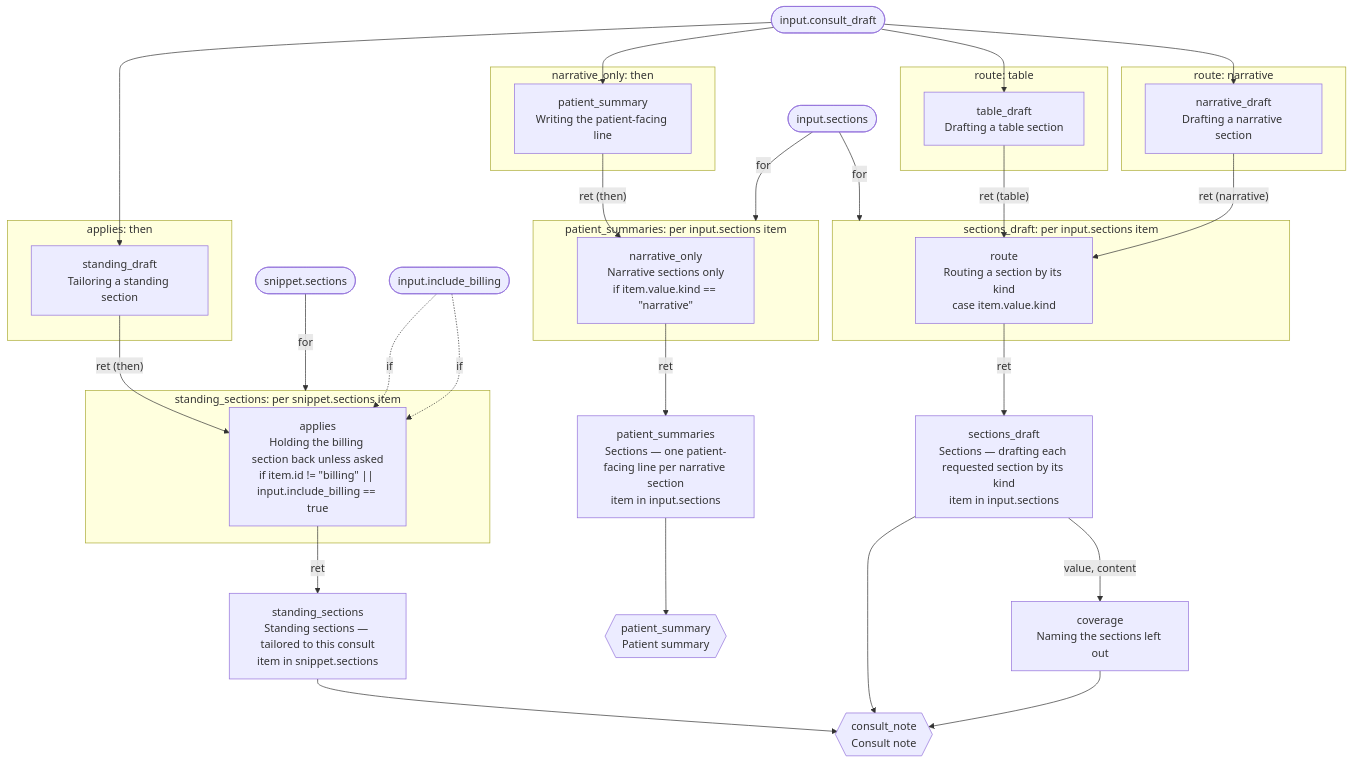
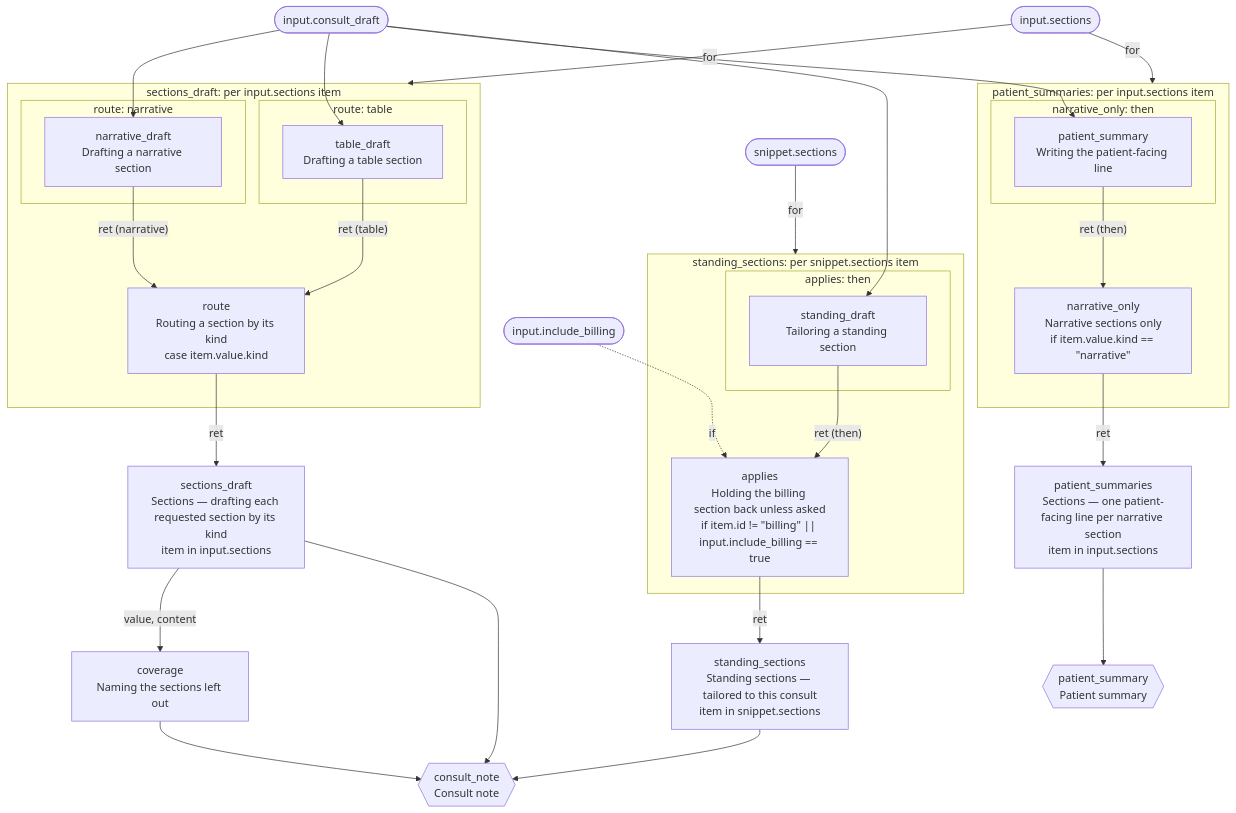
Before and after one commit to Consultologist/consultologist-workflows: the diagram in packages/example-conditional-sections/dag.mmd, drawn with Mermaid. The commit also changed 1 other file, not shown here.

Commit message:
Packages (Consultologist-Blazor#1348, #1252): example-conditional-sections at specVersion 30, v2026.11.3 — migrate-workflow-package --to 30 (dag.mmd redrawn: the inner flows inside their loops' boxes), and the sections input names each section by its title (labelField)

```diff
--- a/packages/example-conditional-sections/dag.mmd
+++ b/packages/example-conditional-sections/dag.mmd
@@ -1,64 +1,57 @@
 flowchart TD
     input_sections(["input.sections"])
     snippet_sections(["snippet.sections"])
     input_consult_draft(["input.consult_draft"])
     input_include_billing(["input.include_billing"])
 
     coverage["coverage<br/>Naming the sections left out"]
     sections_draft -->|"value, content"| coverage
 
-    input_sections -->|"for"| for_sections_draft
     subgraph for_sections_draft["sections_draft: per input.sections item"]
-        route["route<br/>Routing a section by its kind"]
+        subgraph case_route_branch_1["route: narrative"]
+            narrative_draft["narrative_draft<br/>Drafting a narrative section"]
+        end
+        subgraph case_route_branch_2["route: table"]
+            table_draft["table_draft<br/>Drafting a table section"]
+        end
+        route["route<br/>Routing a section by its kind<br/>case item.value.kind"]
     end
     sections_draft["sections_draft<br/>Sections — drafting each requested section by its kind<br/>item in input.sections"]
-    route -->|"ret"| sections_draft
 
-    input_sections -->|"for"| for_patient_summaries
     subgraph for_patient_summaries["patient_summaries: per input.sections item"]
-        narrative_only["narrative_only<br/>Narrative sections only"]
+        subgraph if_narrative_only_then["narrative_only: then"]
+            patient_summary["patient_summary<br/>Writing the patient-facing line"]
+        end
+        narrative_only["narrative_only<br/>Narrative sections only<br/>if item.value.kind == #quot;narrative#quot;"]
     end
     patient_summaries["patient_summaries<br/>Sections — one patient-facing line per narrative section<br/>item in input.sections"]
-    narrative_only -->|"ret"| patient_summaries
 
-    snippet_sections -->|"for"| for_standing_sections
     subgraph for_standing_sections["standing_sections: per snippet.sections item"]
-        applies["applies<br/>Holding the billing section back unless asked"]
+        subgraph if_applies_then["applies: then"]
+            standing_draft["standing_draft<br/>Tailoring a standing section"]
+        end
+        applies["applies<br/>Holding the billing section back unless asked<br/>if item.id != #quot;billing#quot; || input.include_billing == true"]
     end
     standing_sections["standing_sections<br/>Standing sections — tailored to this consult<br/>item in snippet.sections"]
-    applies -->|"ret"| standing_sections
-    input_include_billing -.->|"if"| applies
-
-    subgraph case_route_branch_1["route: narrative"]
-        narrative_draft["narrative_draft<br/>Drafting a narrative section"]
-    end
-    subgraph case_route_branch_2["route: table"]
-        table_draft["table_draft<br/>Drafting a table section"]
-    end
-    route["route<br/>Routing a section by its kind<br/>case item.value.kind"]
+    input_consult_draft --> narrative_draft
+    input_consult_draft --> table_draft
     narrative_draft -->|"ret (narrative)"| route
     table_draft -->|"ret (table)"| route
-    input_consult_draft --> narrative_draft
-    input_consult_draft --> table_draft
-
-    subgraph if_narrative_only_then["narrative_only: then"]
-        patient_summary["patient_summary<br/>Writing the patient-facing line"]
-    end
-    narrative_only["narrative_only<br/>Narrative sections only<br/>if item.value.kind == #quot;narrative#quot;"]
+    input_sections -->|"for"| for_sections_draft
+    route -->|"ret"| sections_draft
+    input_consult_draft --> patient_summary
     patient_summary -->|"ret (then)"| narrative_only
-    input_consult_draft --> patient_summary
-
-    subgraph if_applies_then["applies: then"]
-        standing_draft["standing_draft<br/>Tailoring a standing section"]
-    end
-    applies["applies<br/>Holding the billing section back unless asked<br/>if item.id != #quot;billing#quot; || input.include_billing == true"]
+    input_sections -->|"for"| for_patient_summaries
+    narrative_only -->|"ret"| patient_summaries
+    input_consult_draft --> standing_draft
     standing_draft -->|"ret (then)"| applies
-    input_consult_draft --> standing_draft
     input_include_billing -.->|"if"| applies
+    snippet_sections -->|"for"| for_standing_sections
+    applies -->|"ret"| standing_sections
 
     result_consult_note{{"consult_note<br/>Consult note"}}
     sections_draft --> result_consult_note
     standing_sections --> result_consult_note
     coverage --> result_consult_note
     result_patient_summary{{"patient_summary<br/>Patient summary"}}
     patient_summaries --> result_patient_summary
```
